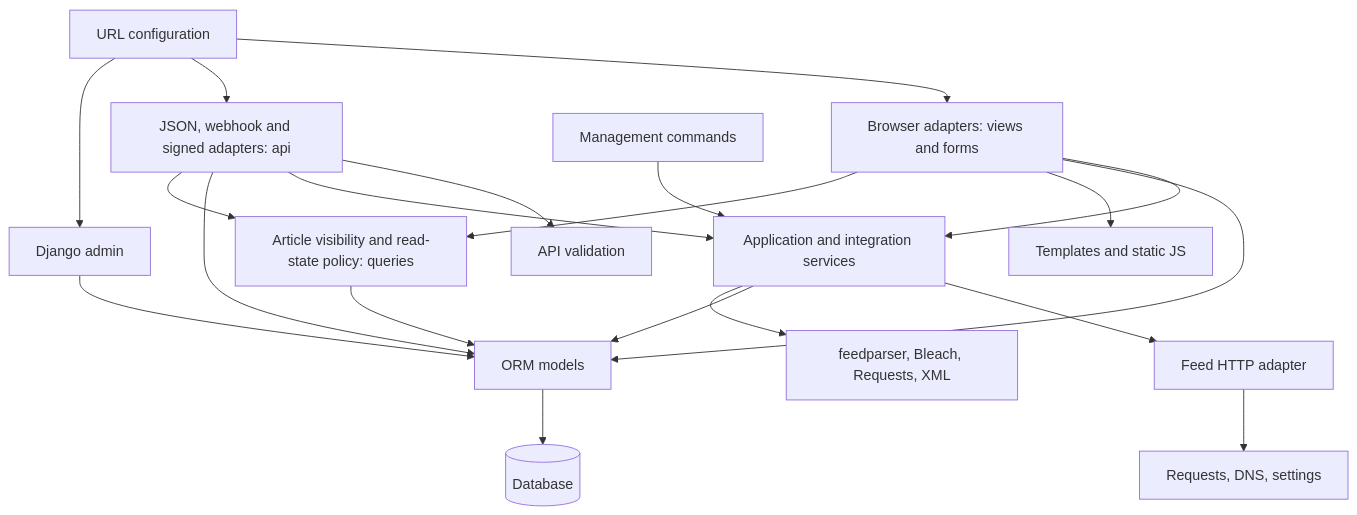
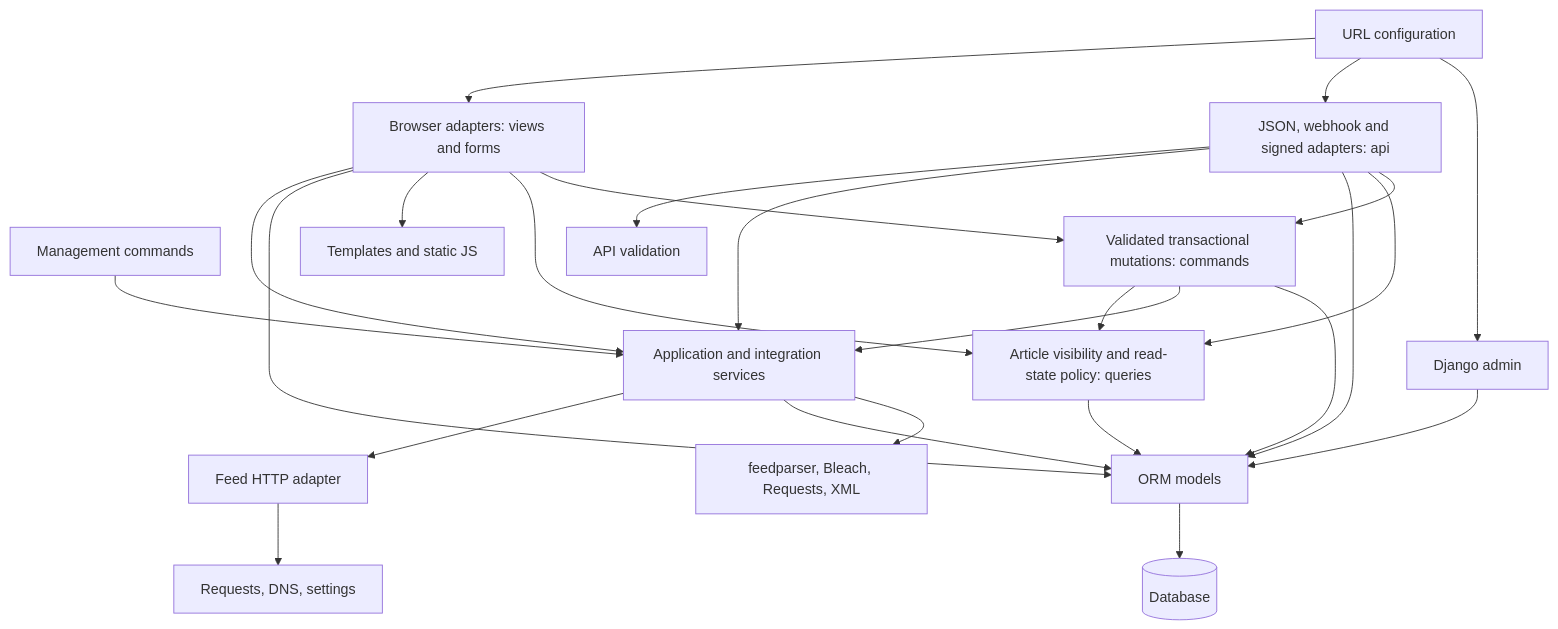
The third of 12 diagrams in docs/architecture/current-state.md (feoh/daily-firehose), drawn with Mermaid before and after one commit. The commit also changed other lines of this file and 11 other files, not shown here.

````diff
--- a/docs/architecture/current-state.md
+++ b/docs/architecture/current-state.md
@@ -232,23 +232,29 @@
 ```mermaid
 flowchart TD
     URL["URL configuration"] --> Browser["Browser adapters: views and forms"]
     URL --> API["JSON, webhook and signed adapters: api"]
     URL --> Admin["Django admin"]
     Command["Management commands"] --> Services["Application and integration services"]
     Browser --> Services
     Browser --> Models["ORM models"]
     API --> Validation["API validation"]
     API --> Services
     API --> Models
     Services --> Fetch["Feed HTTP adapter"]
     Services --> Models
     Services --> External["feedparser, Bleach, Requests, XML"]
     Fetch --> Requests["Requests, DNS, settings"]
     Models --> DB[("Database")]
     Browser --> Templates["Templates and static JS"]
     Admin --> Models
 
     Browser --> Queries["Article visibility and read-state policy: queries"]
     API --> Queries
     Queries --> Models
+
+    Browser --> Commands["Validated transactional mutations: commands"]
+    API --> Commands
+    Commands --> Queries
+    Commands --> Services
+    Commands --> Models
 ```
````
